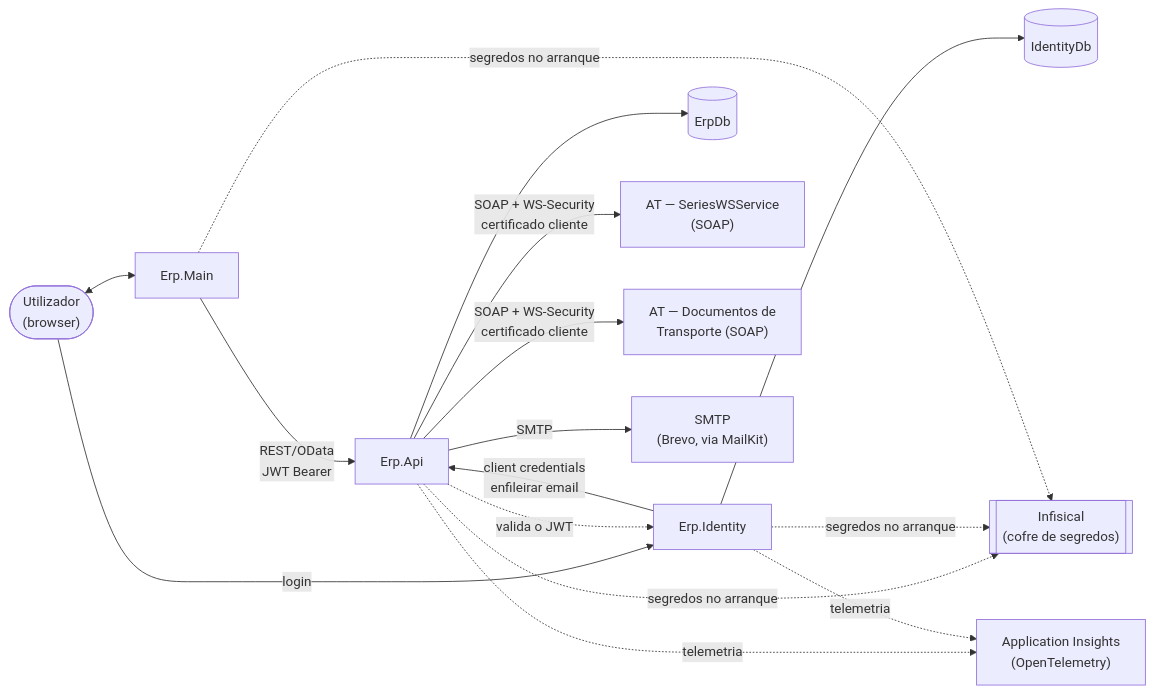
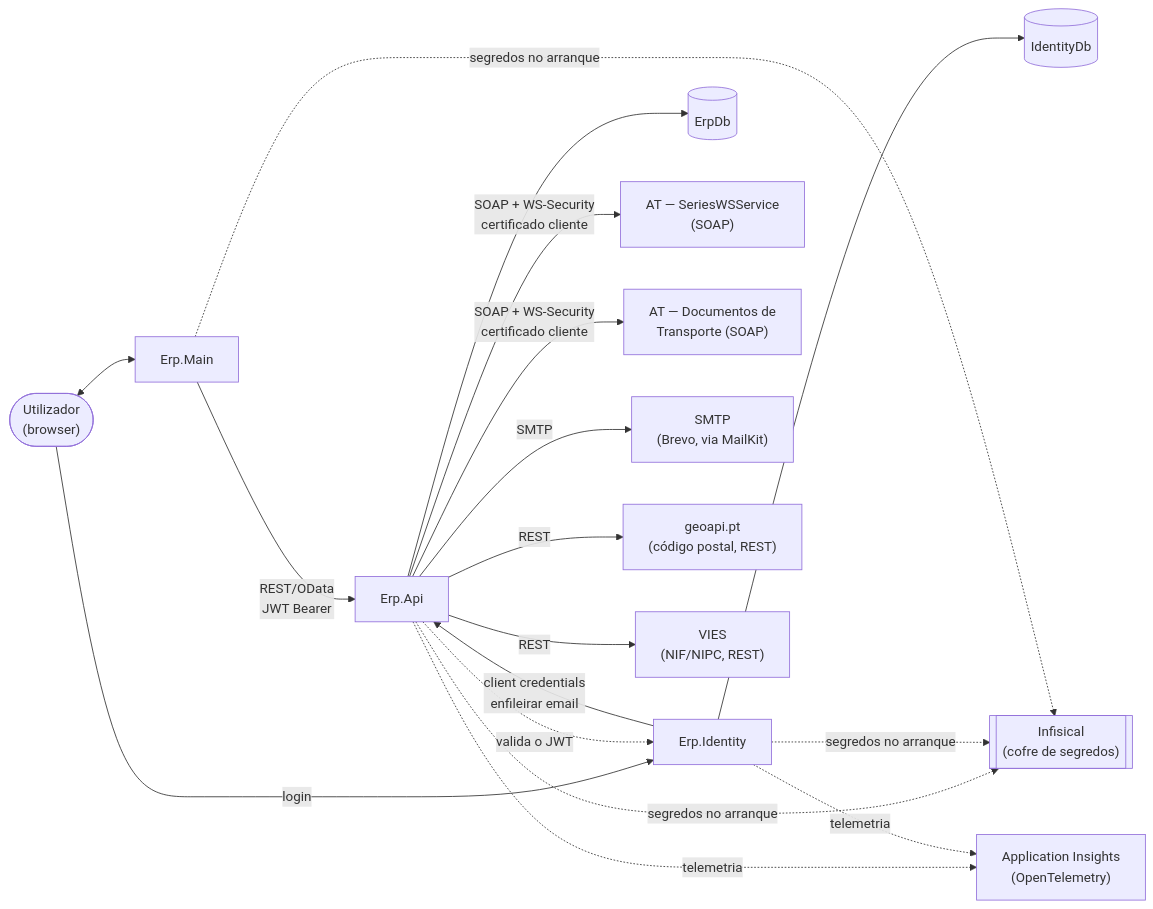
One commit to luismagalhaes/erp changed the second of 2 diagrams in README.md. Above: the diagram before and after it, drawn with Mermaid. The commit also changed other lines of this file and 303 other files, not shown here.

````diff
--- a/README.md
+++ b/README.md
@@ -122,35 +126,39 @@
 ```mermaid
 graph LR
     Browser(["Utilizador<br/>(browser)"])
     Main["Erp.Main"]
     Identity["Erp.Identity"]
     Api["Erp.Api"]
     ErpDB[("ErpDb")]
     IdentityDB[("IdentityDb")]
     ATSeries["AT — SeriesWSService<br/>(SOAP)"]
     ATTransport["AT — Documentos de<br/>Transporte (SOAP)"]
     SMTP["SMTP<br/>(Brevo, via MailKit)"]
+    GeoApi["geoapi.pt<br/>(código postal, REST)"]
+    Vies["VIES<br/>(NIF/NIPC, REST)"]
     Vault[["Infisical<br/>(cofre de segredos)"]]
     AppInsights["Application Insights<br/>(OpenTelemetry)"]
 
     Browser <--> Main
     Browser -->|login| Identity
     Main -->|"REST/OData<br/>JWT Bearer"| Api
     Api -.->|valida o JWT| Identity
     Identity -->|"client credentials<br/>enfileirar email"| Api
 
     Api --> ErpDB
     Identity --> IdentityDB
 
     Api -->|"SOAP + WS-Security<br/>certificado cliente"| ATSeries
     Api -->|"SOAP + WS-Security<br/>certificado cliente"| ATTransport
 
+    Api --> |REST| GeoApi
+    Api --> |REST| Vies
     Api -->|SMTP| SMTP
 
     Api -.->|segredos no arranque| Vault
     Identity -.->|segredos no arranque| Vault
     Main -.->|segredos no arranque| Vault
 
     Api -.->|telemetria| AppInsights
     Identity -.->|telemetria| AppInsights
 ```
````
